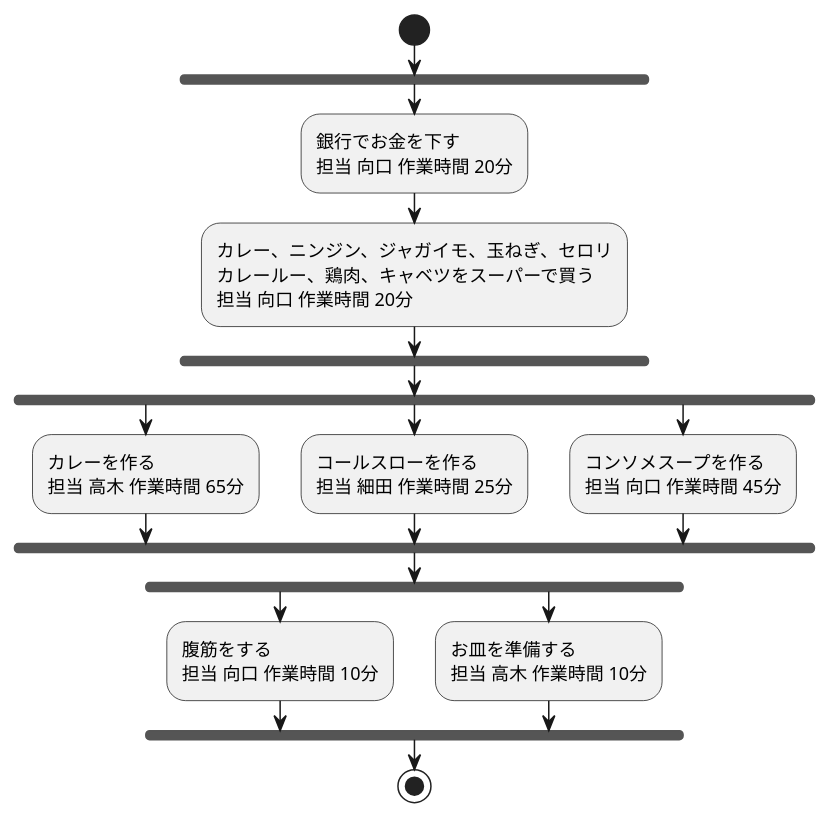
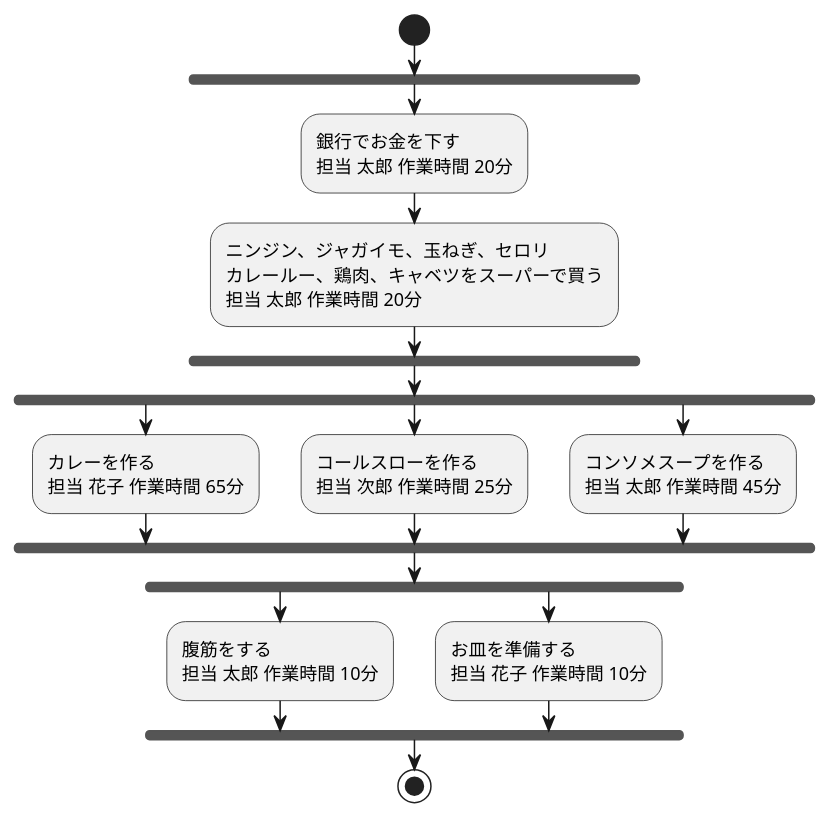
Before and after one commit to Morijyobi-guchi/dinner_project: the diagram in 依存関係図_夕食をつくる.pu, drawn with PlantUML. The commit also changed 2 other files, not shown here.

```diff
--- a/依存関係図_夕食をつくる.pu
+++ b/依存関係図_夕食をつくる.pu
@@ -1,26 +1,26 @@
 @startuml sample
 start
 fork
   :銀行でお金を下す
-  担当 向口 作業時間 20分;
-  :カレー、ニンジン、ジャガイモ、玉ねぎ、セロリ\nカレールー、鶏肉、キャベツをスーパーで買う\n担当 向口 作業時間 20分;
+  担当 太郎 作業時間 20分;
+  :ニンジン、ジャガイモ、玉ねぎ、セロリ\nカレールー、鶏肉、キャベツをスーパーで買う\n担当 太郎 作業時間 20分;
 end fork
 fork
   :カレーを作る
-  担当 高木 作業時間 65分;
+  担当 花子 作業時間 65分;
 fork again
   :コールスローを作る
-  担当 細田 作業時間 25分;
+  担当 次郎 作業時間 25分;
 fork again
   :コンソメスープを作る
-  担当 向口 作業時間 45分;
+  担当 太郎 作業時間 45分;
 end fork
 fork
   :腹筋をする
-  担当 向口 作業時間 10分;
+  担当 太郎 作業時間 10分;
 fork again
   :お皿を準備する
-  担当 高木 作業時間 10分;
+  担当 花子 作業時間 10分;
 end fork
 stop
 @enduml
```
